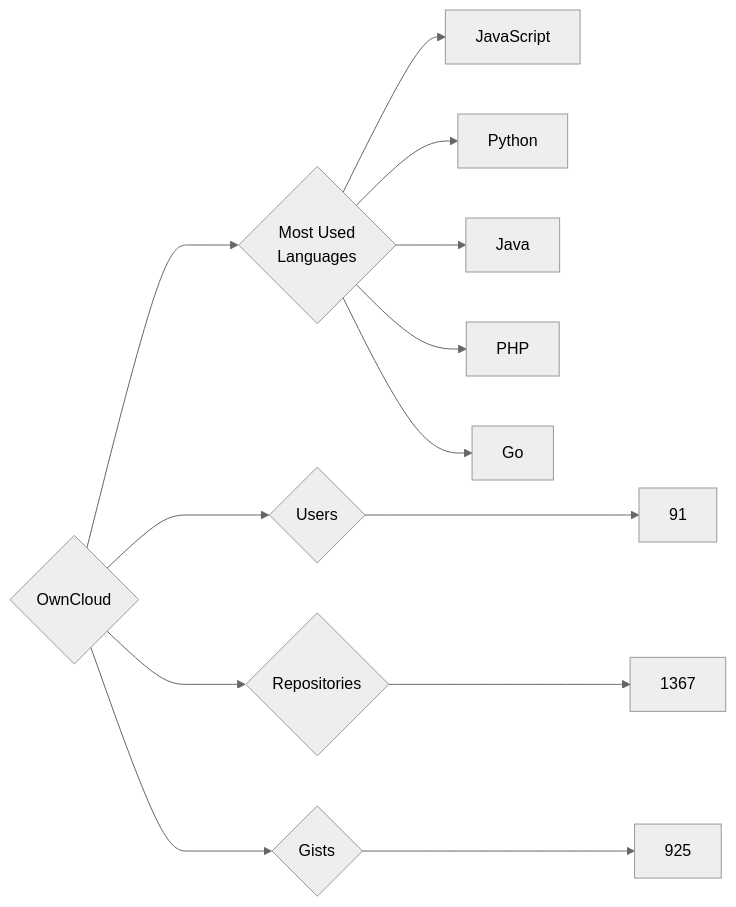
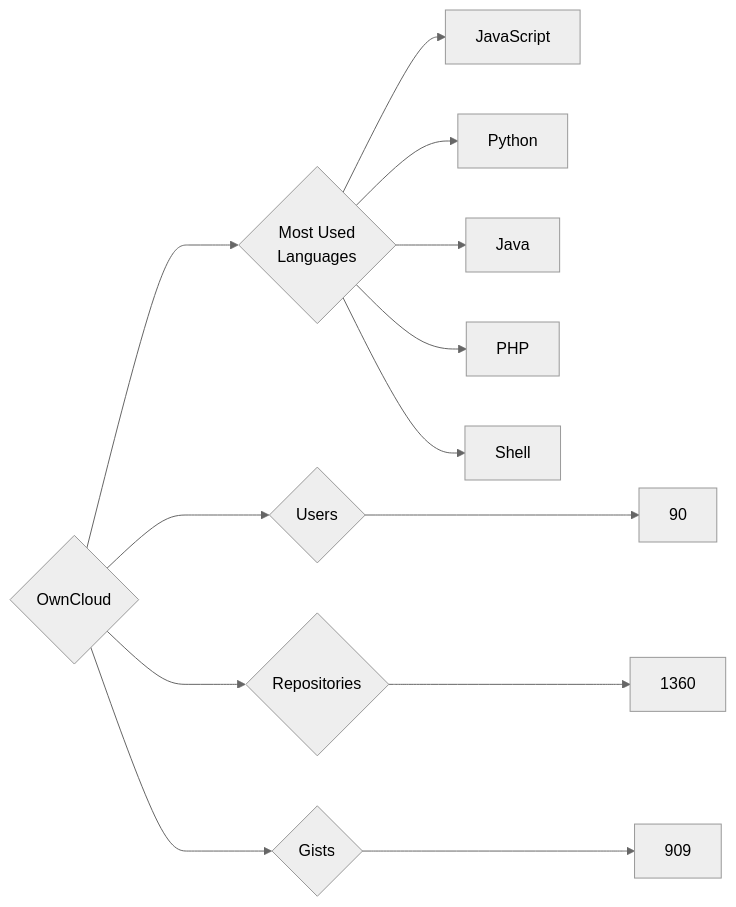
The diagram in targets/OwnCloud/README.md (trickest/insiders), drawn with Mermaid (neutral theme) before and after one commit. The commit also changed 1484 other files, not shown here.

````diff
--- a/targets/OwnCloud/README.md
+++ b/targets/OwnCloud/README.md
@@ -3,13 +3,13 @@
 ```mermaid
 graph LR
 COMPANY_NAME{OwnCloud}
-COMPANY_NAME ---> U{Users} ---> UN[91]
-COMPANY_NAME ---> R{Repositories} ---> RN[1367]
-COMPANY_NAME ---> G{Gists} ---> GN[925]
+COMPANY_NAME ---> U{Users} ---> UN[90]
+COMPANY_NAME ---> R{Repositories} ---> RN[1360]
+COMPANY_NAME ---> G{Gists} ---> GN[909]
 COMPANY_NAME ---> ML{Most Used<br>Languages}
 ML --> JavaScript[JavaScript]
 ML --> Python[Python]
 ML --> Java[Java]
 ML --> PHP[PHP]
-ML --> Go[Go]
+ML --> Shell[Shell]
 ```
````
